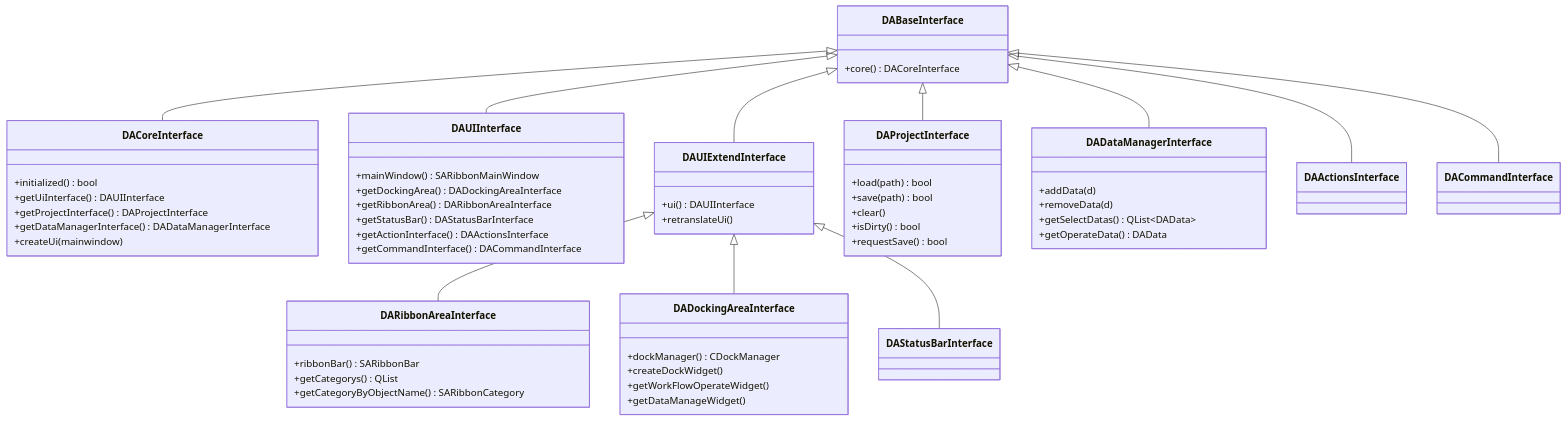
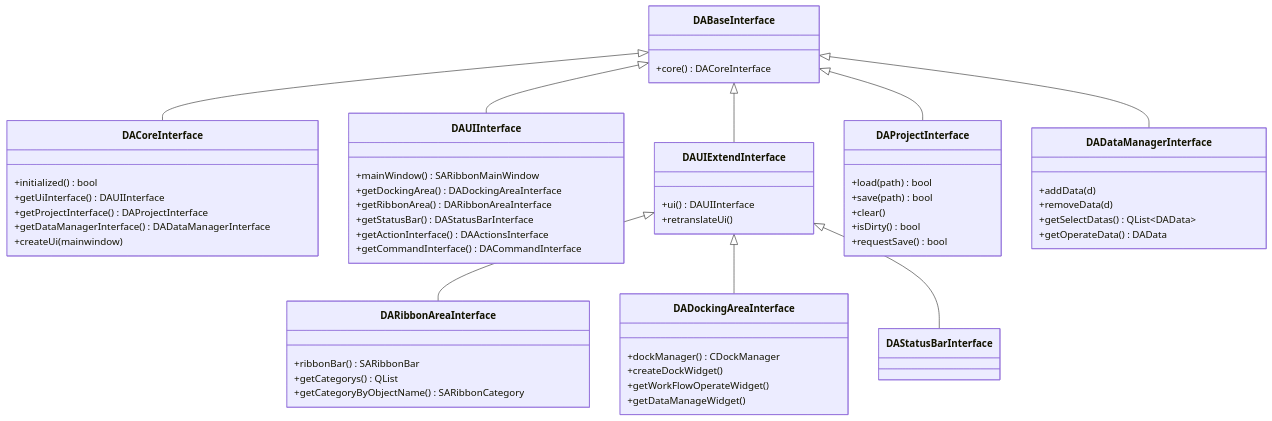
One commit to czyt1988/data-workbench changed the first of 2 diagrams in docs/zh/dev-guide/interface-module.md. Above: the diagram before and after it, drawn with Mermaid. The commit also changed other lines of this file and 48 other files, not shown here.

````diff
--- a/docs/zh/dev-guide/interface-module.md
+++ b/docs/zh/dev-guide/interface-module.md
@@ -22,67 +24,65 @@
 ```mermaid
 classDiagram
     class DABaseInterface {
         +core() DACoreInterface
     }
     
     class DACoreInterface {
         +initialized() bool
         +getUiInterface() DAUIInterface
         +getProjectInterface() DAProjectInterface
         +getDataManagerInterface() DADataManagerInterface
         +createUi(mainwindow)
     }
     
     class DAUIInterface {
         +mainWindow() SARibbonMainWindow
         +getDockingArea() DADockingAreaInterface
         +getRibbonArea() DARibbonAreaInterface
         +getStatusBar() DAStatusBarInterface
         +getActionInterface() DAActionsInterface
         +getCommandInterface() DACommandInterface
     }
     
     class DAUIExtendInterface {
         +ui() DAUIInterface
         +retranslateUi()
     }
     
     class DAProjectInterface {
         +load(path) bool
         +save(path) bool
         +clear()
         +isDirty() bool
         +requestSave() bool
     }
     
     class DADataManagerInterface {
         +addData(d)
         +removeData(d)
         +getSelectDatas() QList~DAData~
         +getOperateData() DAData
     }
     
     class DARibbonAreaInterface {
         +ribbonBar() SARibbonBar
         +getCategorys() QList
         +getCategoryByObjectName() SARibbonCategory
     }
     
     class DADockingAreaInterface {
         +dockManager() CDockManager
         +createDockWidget()
         +getWorkFlowOperateWidget()
         +getDataManageWidget()
     }
     
     DABaseInterface <|-- DACoreInterface
     DABaseInterface <|-- DAUIInterface
     DABaseInterface <|-- DAProjectInterface
     DABaseInterface <|-- DADataManagerInterface
-    DABaseInterface <|-- DAUIExtendInterface
-    DABaseInterface <|-- DAActionsInterface
-    DABaseInterface <|-- DACommandInterface
+DABaseInterface <|-- DAUIExtendInterface
     DAUIExtendInterface <|-- DARibbonAreaInterface
     DAUIExtendInterface <|-- DADockingAreaInterface
     DAUIExtendInterface <|-- DAStatusBarInterface
 ```
````
